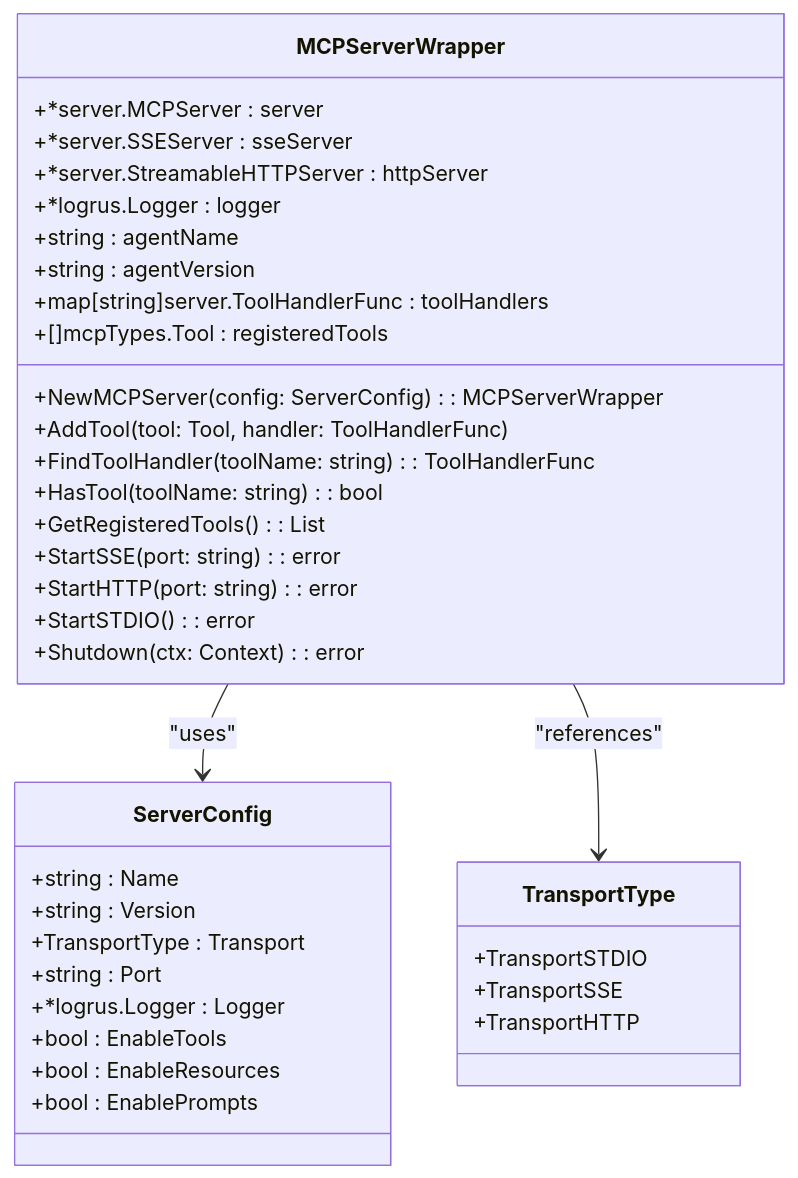
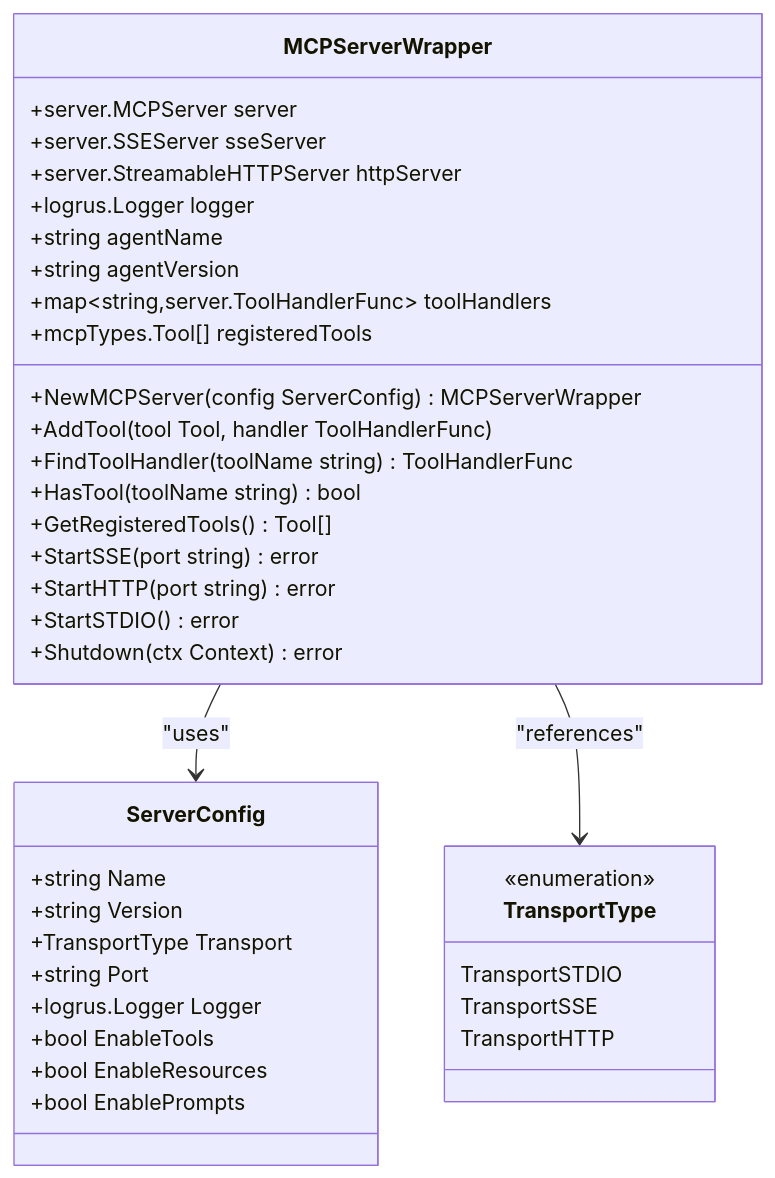
The third of 8 diagrams in docs/Architecture Overview/Model Context Protocol (MCP) Integration.md (prxs-ai/praxis-go-sdk), drawn with Mermaid before and after one commit. The commit also changed other lines of this file and 33 other files, not shown here.

````diff
--- a/docs/Architecture Overview/Model Context Protocol (MCP) Integration.md
+++ b/docs/Architecture Overview/Model Context Protocol (MCP) Integration.md
@@ -142,39 +142,40 @@
 ```mermaid
 classDiagram
 class MCPServerWrapper {
-+*server.MCPServer : server
-+*server.SSEServer : sseServer
-+*server.StreamableHTTPServer : httpServer
-+*logrus.Logger : logger
-+string : agentName
-+string : agentVersion
-+map[string]server.ToolHandlerFunc : toolHandlers
-+[]mcpTypes.Tool : registeredTools
-+NewMCPServer(config: ServerConfig) : MCPServerWrapper
-+AddTool(tool: Tool, handler: ToolHandlerFunc)
-+FindToolHandler(toolName: string) : ToolHandlerFunc
-+HasTool(toolName: string) : bool
-+GetRegisteredTools() : List<Tool>
-+StartSSE(port: string) : error
-+StartHTTP(port: string) : error
-+StartSTDIO() : error
-+Shutdown(ctx: Context) : error
++server.MCPServer server
++server.SSEServer sseServer
++server.StreamableHTTPServer httpServer
++logrus.Logger logger
++string agentName
++string agentVersion
++map~string,server.ToolHandlerFunc~ toolHandlers
++mcpTypes.Tool[] registeredTools
++NewMCPServer(config ServerConfig) MCPServerWrapper
++AddTool(tool Tool, handler ToolHandlerFunc)
++FindToolHandler(toolName string) ToolHandlerFunc
++HasTool(toolName string) bool
++GetRegisteredTools() Tool[]
++StartSSE(port string) error
++StartHTTP(port string) error
++StartSTDIO() error
++Shutdown(ctx Context) error
 }
 class ServerConfig {
-+string : Name
-+string : Version
-+TransportType : Transport
-+string : Port
-+*logrus.Logger : Logger
-+bool : EnableTools
-+bool : EnableResources
-+bool : EnablePrompts
++string Name
++string Version
++TransportType Transport
++string Port
++logrus.Logger Logger
++bool EnableTools
++bool EnableResources
++bool EnablePrompts
 }
 class TransportType {
-+TransportSTDIO
-+TransportSSE
-+TransportHTTP
+<<enumeration>>
+TransportSTDIO
+TransportSSE
+TransportHTTP
 }
 MCPServerWrapper --> ServerConfig : "uses"
 MCPServerWrapper --> TransportType : "references"
 ```
````
